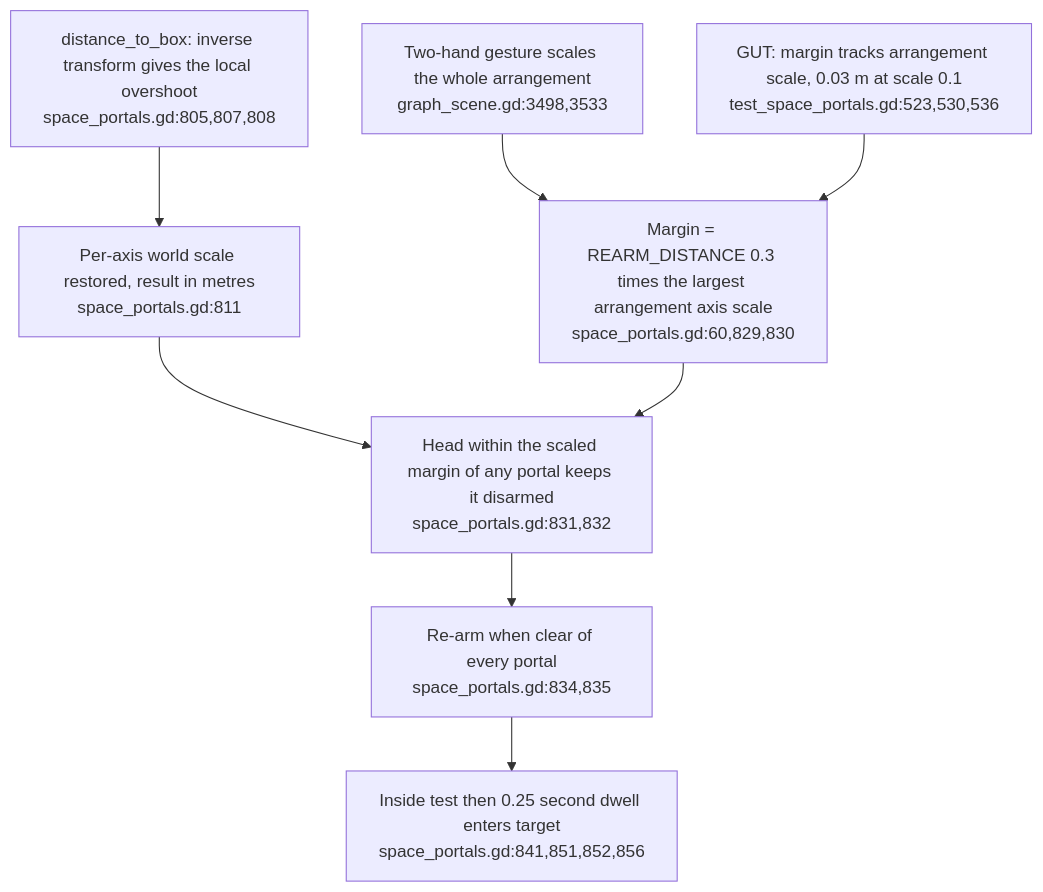
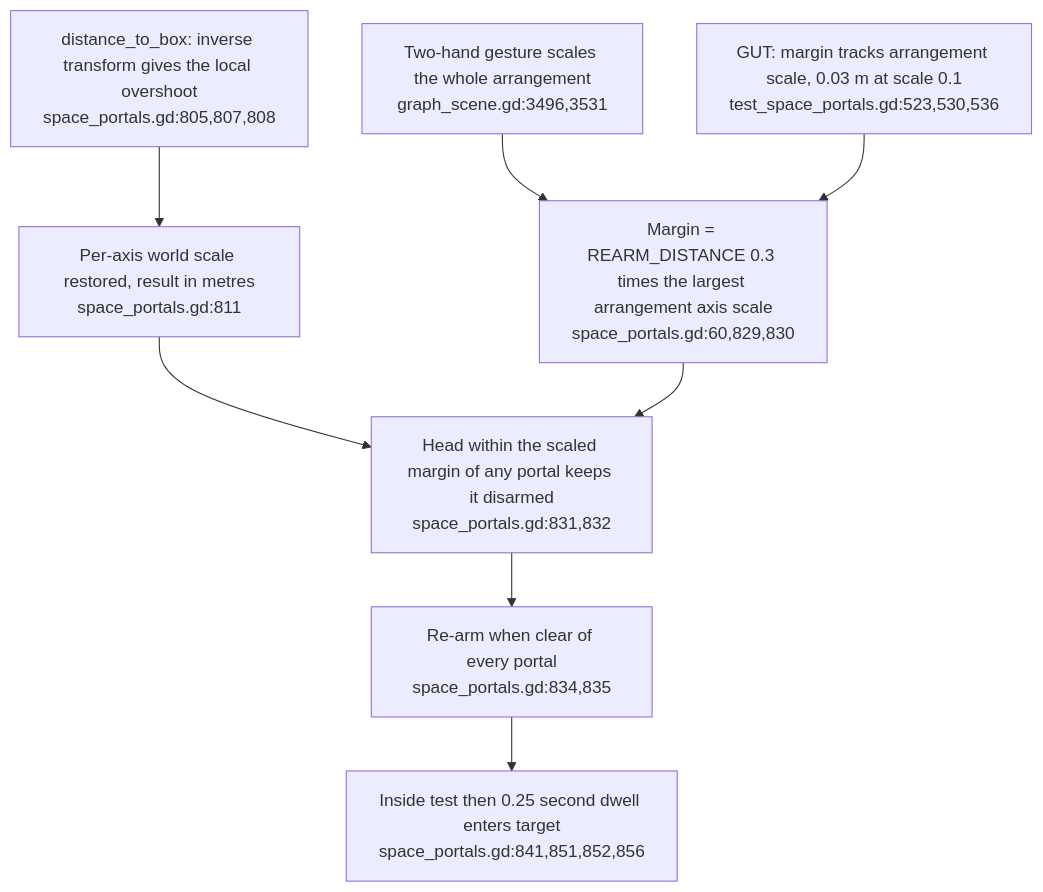
Before and after one commit to DreamLab-AI/VisionFlow: the second of 3 diagrams in docs/diagrams/visionclaw/47-portal-entry-and-scaled-walkthrough.md, drawn with Mermaid. The commit also changed other lines of this file and 7 other files, not shown here.

First line of the commit message:
diagrams(visionclaw): re-verify VC-43..VC-50 at visionclaw 4900ec6

````diff
--- a/docs/diagrams/visionclaw/47-portal-entry-and-scaled-walkthrough.md
+++ b/docs/diagrams/visionclaw/47-portal-entry-and-scaled-walkthrough.md
@@ -41,10 +41,10 @@
 ```mermaid
 flowchart TD
-    HAND["Two-hand gesture scales the whole arrangement<br/>graph_scene.gd:3498,3533"] --> MARGIN["Margin = REARM_DISTANCE 0.3 times the largest arrangement axis scale<br/>space_portals.gd:60,829,830"]
+    HAND["Two-hand gesture scales the whole arrangement<br/>graph_scene.gd:3496,3531"] --> MARGIN["Margin = REARM_DISTANCE 0.3 times the largest arrangement axis scale<br/>space_portals.gd:60,829,830"]
     INV["distance_to_box: inverse transform gives the local overshoot<br/>space_portals.gd:805,807,808"] --> WORLD["Per-axis world scale restored, result in metres<br/>space_portals.gd:811"]
     WORLD --> LIMIT["Head within the scaled margin of any portal keeps it disarmed<br/>space_portals.gd:831,832"]
     MARGIN --> LIMIT
     LIMIT --> ARM["Re-arm when clear of every portal<br/>space_portals.gd:834,835"]
     ARM --> DWELL["Inside test then 0.25 second dwell enters target<br/>space_portals.gd:841,851,852,856"]
     TEST["GUT: margin tracks arrangement scale, 0.03 m at scale 0.1<br/>test_space_portals.gd:523,530,536"] --> MARGIN
 ```
````
